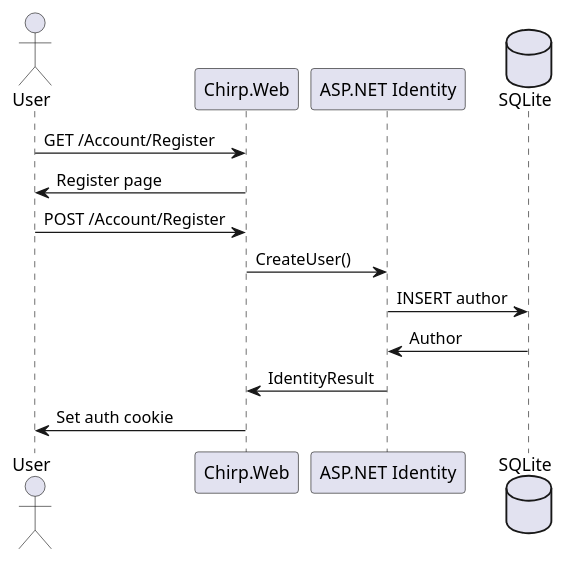
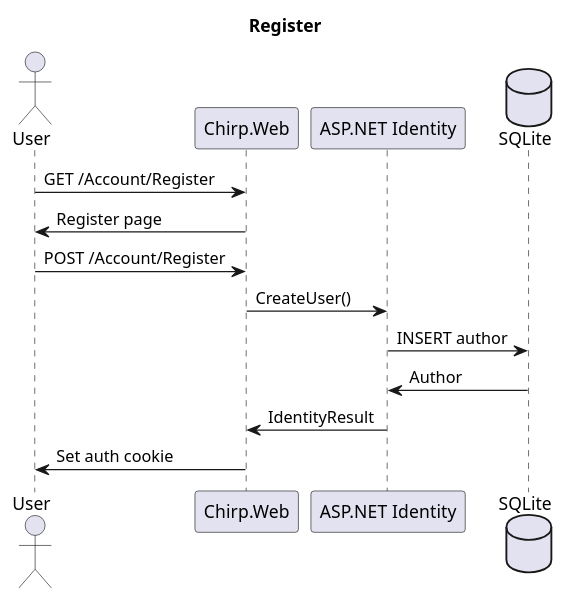
One commit to ITU-BDSA2024-GROUP14/Chirp changed the sixth of 14 diagrams in docs/report.md. Above: the diagram before and after it, drawn with PlantUML. The commit also changed other lines of this file, not shown here.

Commit message:
Add plantuml titles

````diff
--- a/docs/report.md
+++ b/docs/report.md
@@ -222,18 +224,21 @@
 ```plantuml
 @startuml
+
+title "Register"
+
 actor User
 participant Chirp.Web as Web
 participant "ASP.NET Identity" as Identity
 database SQLite
 
 User -> Web:                GET /Account/Register
 Web -> User:                Register page
 User -> Web:                POST /Account/Register
 Web -> Identity:            CreateUser()
 Identity -> SQLite:         INSERT author
 SQLite -> Identity:         Author
 Identity -> Web:            IdentityResult
 Web -> User:                Set auth cookie
 
 @enduml
 ```
````
